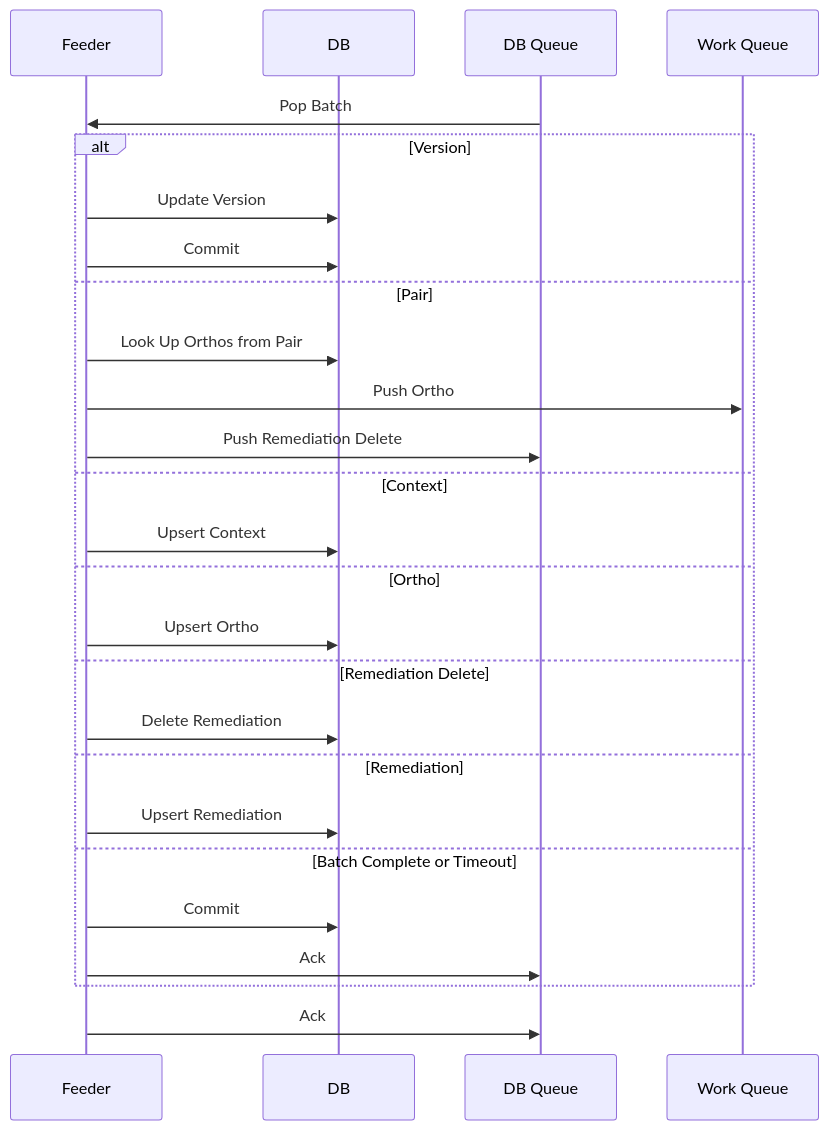
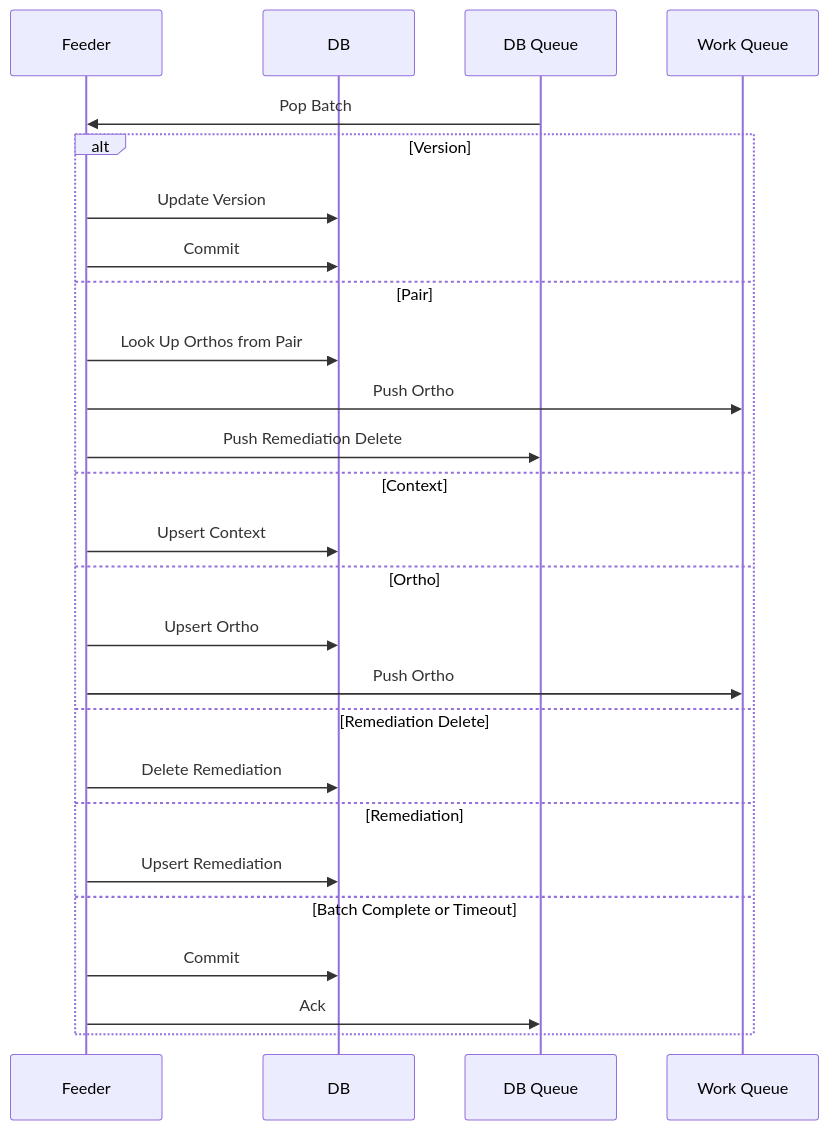
One commit to michaelrauh/crochet changed the diagram in feeder_process.md. Above: the diagram before and after it, drawn with Mermaid. The commit also changed 8 other files, not shown here.

Commit message:
move queuename to config and centralize setting of it - fix diagrams

````diff
--- a/feeder_process.md
+++ b/feeder_process.md
@@ -1,28 +1,29 @@
 ```mermaid
 sequenceDiagram
     participant Feeder
     participant DB
     participant DB Queue
     participant Work Queue
+
     DB Queue->>Feeder: Pop Batch
-    alt Version
+    alt Version 
         Feeder->>DB: Update Version
         Feeder->>DB: Commit
     else Pair
         Feeder->>DB: Look Up Orthos from Pair 
         Feeder->>Work Queue: Push Ortho
         Feeder->>DB Queue: Push Remediation Delete
     else Context
         Feeder->>DB: Upsert Context
-    else Ortho
+    else Ortho 
         Feeder->>DB: Upsert Ortho
+        Feeder->> Work Queue: Push Ortho 
     else Remediation Delete
         Feeder->>DB: Delete Remediation
     else Remediation 
         Feeder->>DB: Upsert Remediation
     else Batch Complete or Timeout 
         Feeder->>DB: Commit
         Feeder->>DB Queue: Ack
     end
-        Feeder->>DB Queue: Ack
-```
+``` 
````
